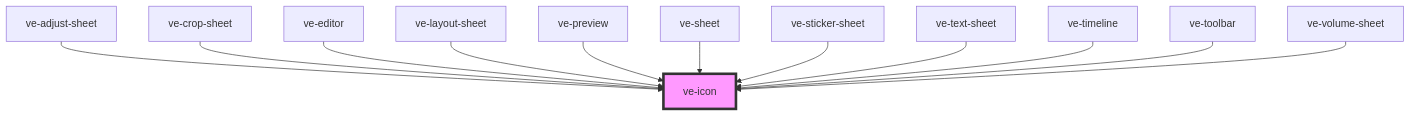
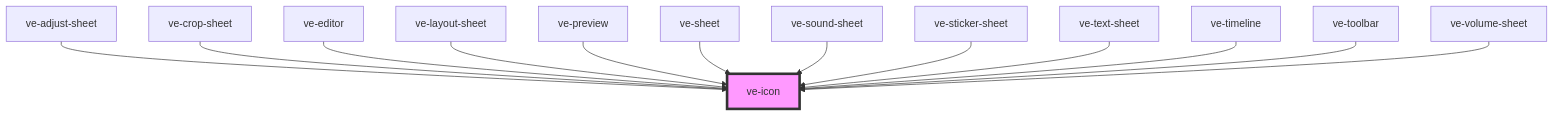
Before and after one commit to dotnetdreamer/capacitor-video-kit: the diagram in src/components/ve-icon/readme.md, drawn with Mermaid. The commit also changed other lines of this file and 31 other files, not shown here.

First line of the commit message:
feat: add ve-sound-sheet component for managing audio tracks

````diff
--- a/src/components/ve-icon/readme.md
+++ b/src/components/ve-icon/readme.md
@@ -47,15 +48,16 @@
 ```mermaid
 graph TD;
   ve-adjust-sheet --> ve-icon
   ve-crop-sheet --> ve-icon
   ve-editor --> ve-icon
   ve-layout-sheet --> ve-icon
   ve-preview --> ve-icon
   ve-sheet --> ve-icon
+  ve-sound-sheet --> ve-icon
   ve-sticker-sheet --> ve-icon
   ve-text-sheet --> ve-icon
   ve-timeline --> ve-icon
   ve-toolbar --> ve-icon
   ve-volume-sheet --> ve-icon
   style ve-icon fill:#f9f,stroke:#333,stroke-width:4px
 ```
````
